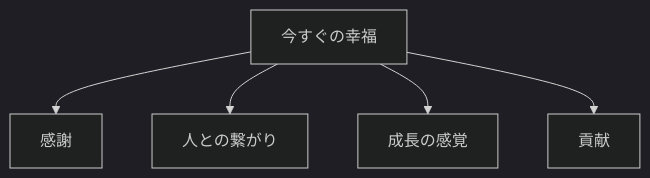
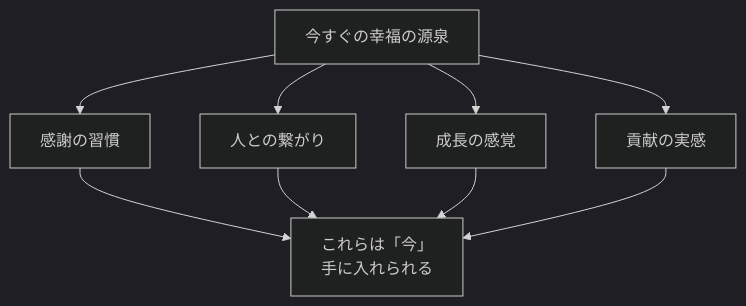
The second of 4 diagrams in content/blog/283-happiness-mental-model-present.md (tndg16-bot/portfolio-site), drawn with Mermaid (dark theme) before and after one commit. The commit also changed other lines of this file and 19 other files, not shown here.

````diff
--- a/content/blog/283-happiness-mental-model-present.md
+++ b/content/blog/283-happiness-mental-model-present.md
@@ -62,8 +62,13 @@
 ```mermaid
 graph TD
-    A[今すぐの幸福]
-    A --> B[感謝]
+    A[今すぐの幸福の源泉]
+    A --> B[感謝の習慣]
     A --> C[人との繋がり]
     A --> D[成長の感覚]
-    A --> E[貢献]
+    A --> E[貢献の実感]
+    
+    B --> F[これらは「今」<br/>手に入れられる]
+    C --> F
+    D --> F
+    E --> F
 ```
````
